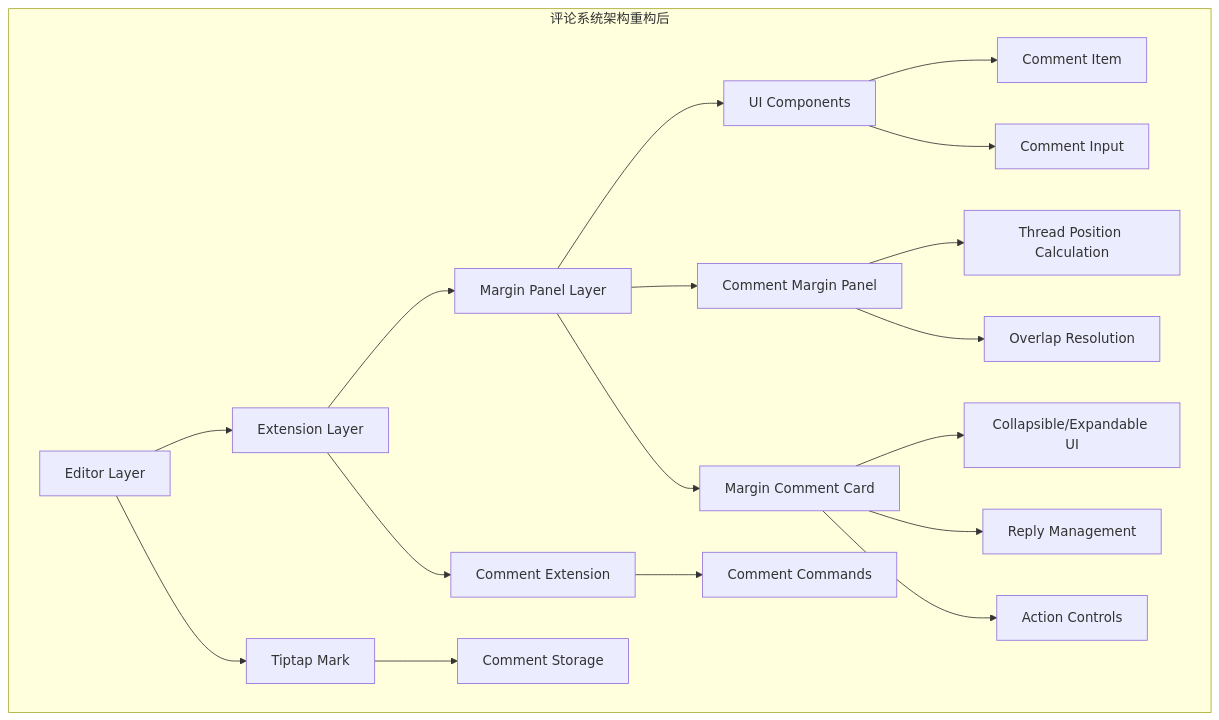
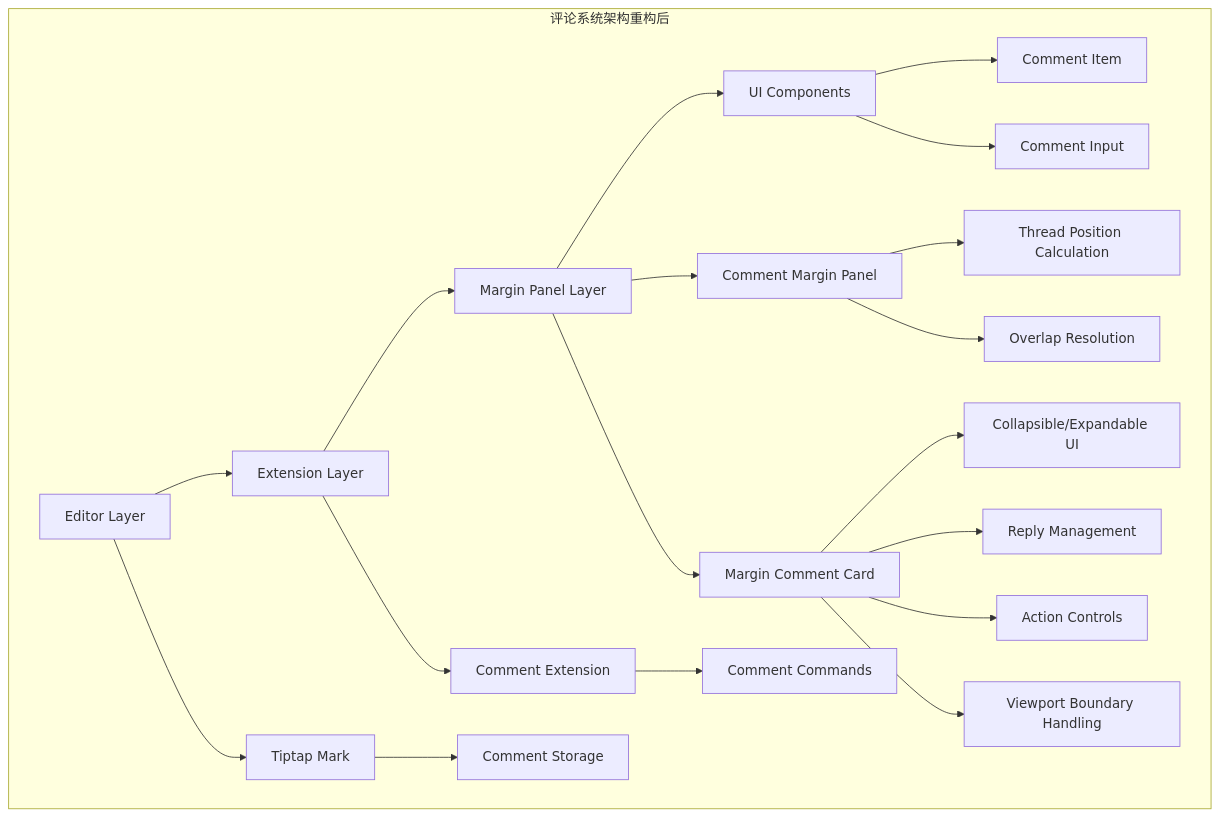
One commit to LRF0422/Kotion changed the second of 10 diagrams in .qoder/repowiki/zh/content/增强评论系统.md. Above: the diagram before and after it, drawn with Mermaid. The commit also changed other lines of this file and 14 other files, not shown here.

````diff
--- a/.qoder/repowiki/zh/content/增强评论系统.md
+++ b/.qoder/repowiki/zh/content/增强评论系统.md
@@ -105,21 +106,22 @@
 ```mermaid
 graph TB
 subgraph "评论系统架构重构后"
 A[Editor Layer] --> B[Extension Layer]
 B --> C[Margin Panel Layer]
 C --> D[UI Components]
 A --> E[Tiptap Mark]
 B --> F[Comment Extension]
 C --> G[Comment Margin Panel]
 C --> H[Margin Comment Card]
 D --> I[Comment Item]
 D --> J[Comment Input]
 E --> K[Comment Storage]
 F --> L[Comment Commands]
 G --> M[Thread Position Calculation]
 G --> N[Overlap Resolution]
 H --> O[Collapsible/Expandable UI]
 H --> P[Reply Management]
 H --> Q[Action Controls]
+H --> R[Viewport Boundary Handling]
 end
 ```
````
